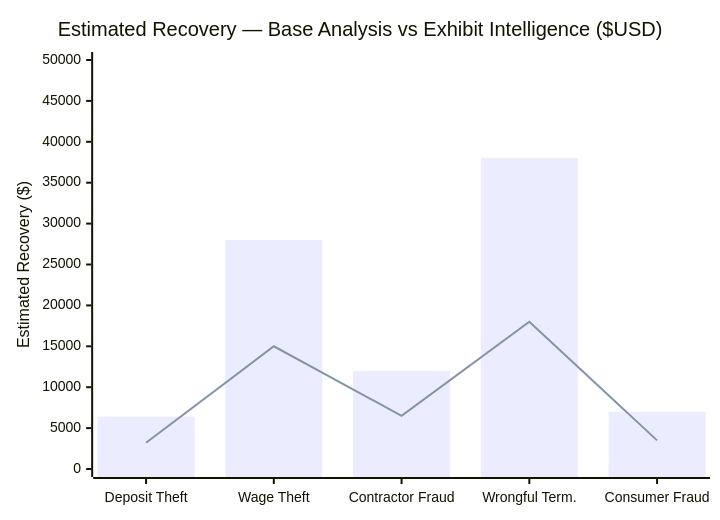
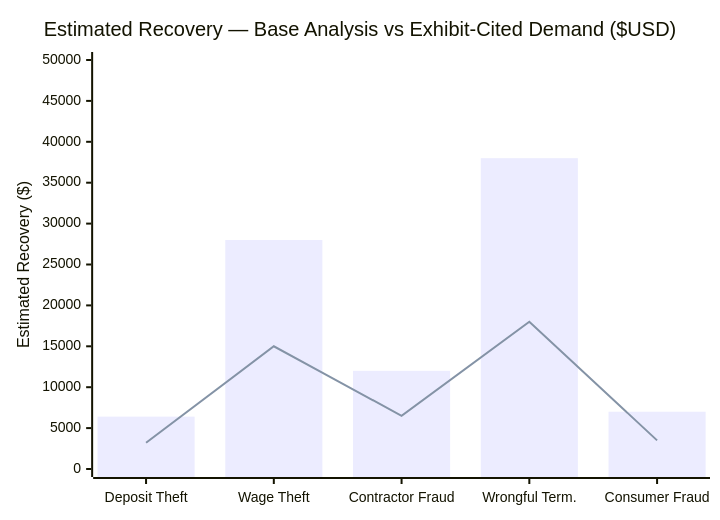
One commit to Iceman-Dann/Evidence-Locker changed the tenth of 13 diagrams in README.md. Above: the diagram before and after it, drawn with Mermaid. The commit also changed other lines of this file, not shown here.

````diff
--- a/README.md
+++ b/README.md
@@ -466,8 +486,8 @@
 ```mermaid
 xychart-beta
-    title "Estimated Recovery — Base Analysis vs Exhibit Intelligence ($USD)"
+    title "Estimated Recovery — Base Analysis vs Exhibit-Cited Demand ($USD)"
     x-axis ["Deposit Theft", "Wage Theft", "Contractor Fraud", "Wrongful Term.", "Consumer Fraud"]
     y-axis "Estimated Recovery ($)" 0 --> 50000
     bar [6400, 28000, 12000, 38000, 7000]
     line [3200, 15000, 6500, 18000, 3500]
 ```
````
